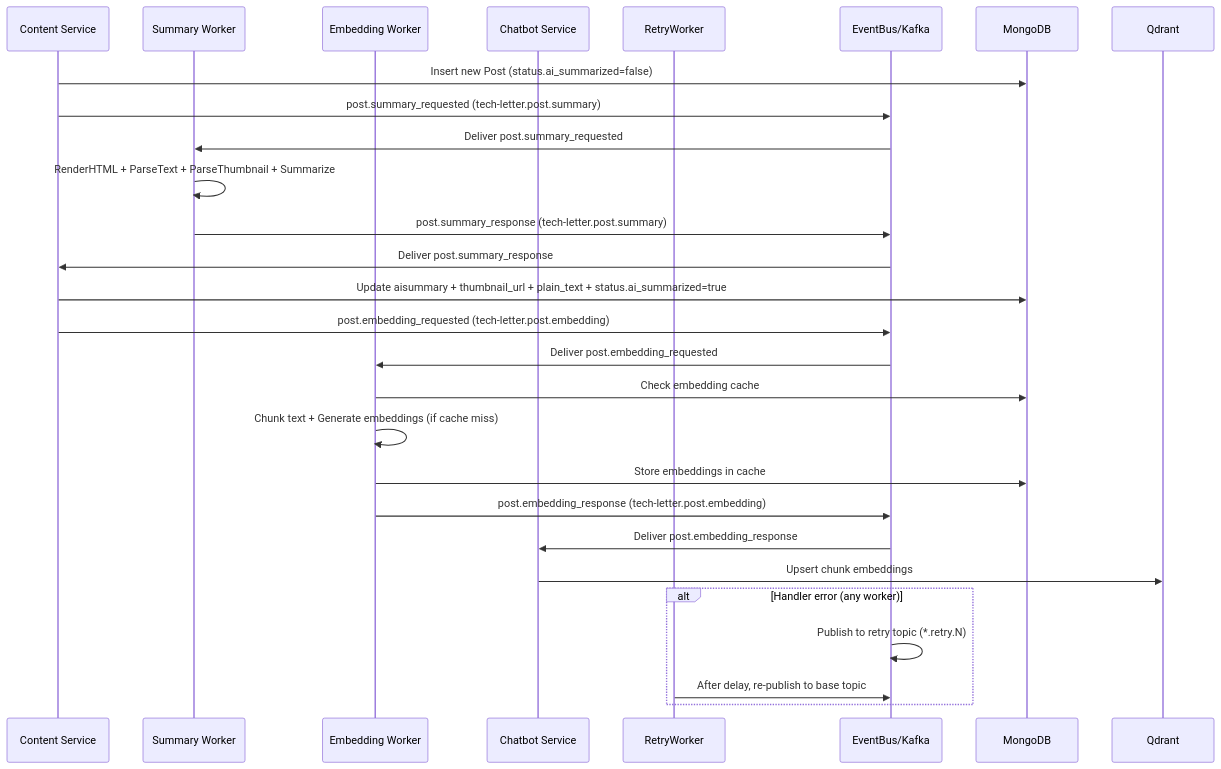
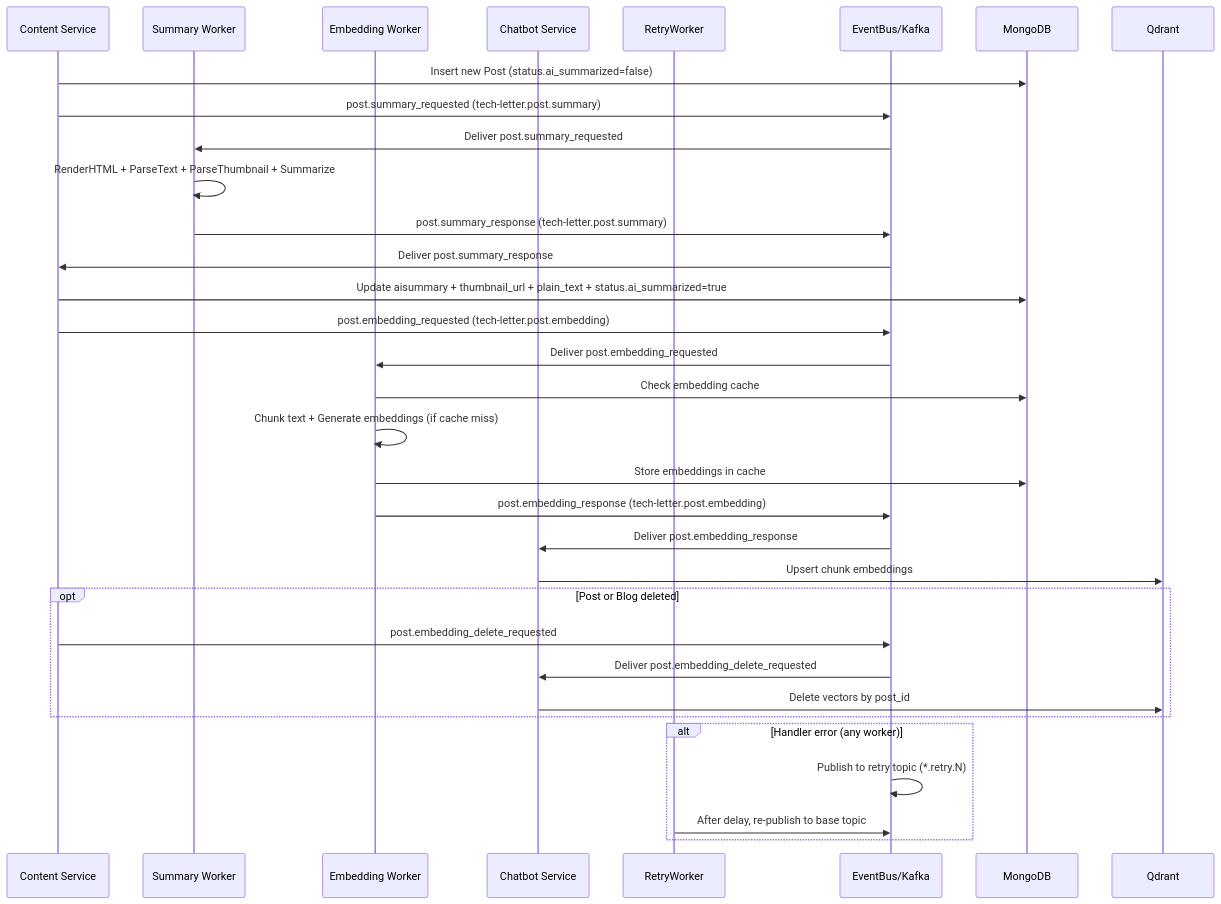
The second of 4 diagrams in README.md (TechLetter/tech-letter), drawn with Mermaid before and after one commit. The commit also changed other lines of this file, not shown here.

Commit message:
docs: update chatbot architecture overview

````diff
--- a/README.md
+++ b/README.md
@@ -189,34 +205,40 @@
 ```mermaid
 sequenceDiagram
     participant CS as Content Service
     participant SW as Summary Worker
     participant EW as Embedding Worker
     participant CBS as Chatbot Service
     participant RW as RetryWorker
     participant EB as EventBus/Kafka
     participant DB as MongoDB
     participant VDB as Qdrant
 
     CS->>DB: Insert new Post (status.ai_summarized=false)
     CS->>EB: post.summary_requested (tech-letter.post.summary)
     EB->>SW: Deliver post.summary_requested
     SW->>SW: RenderHTML + ParseText + ParseThumbnail + Summarize
     SW->>EB: post.summary_response (tech-letter.post.summary)
     EB->>CS: Deliver post.summary_response
     CS->>DB: Update aisummary + thumbnail_url + plain_text + status.ai_summarized=true
     CS->>EB: post.embedding_requested (tech-letter.post.embedding)
 
     EB->>EW: Deliver post.embedding_requested
     EW->>DB: Check embedding cache
     EW->>EW: Chunk text + Generate embeddings (if cache miss)
     EW->>DB: Store embeddings in cache
     EW->>EB: post.embedding_response (tech-letter.post.embedding)
 
     EB->>CBS: Deliver post.embedding_response
     CBS->>VDB: Upsert chunk embeddings
 
+    opt Post or Blog deleted
+        CS->>EB: post.embedding_delete_requested
+        EB->>CBS: Deliver post.embedding_delete_requested
+        CBS->>VDB: Delete vectors by post_id
+    end
+
     alt Handler error (any worker)
         EB->>EB: Publish to retry topic (*.retry.N)
         RW->>EB: After delay, re-publish to base topic
     end
 ```
````
